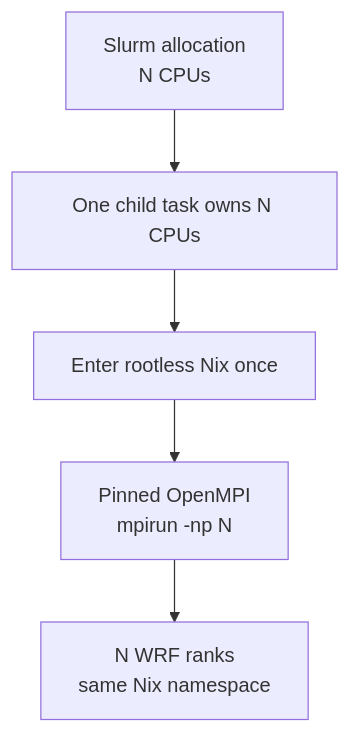
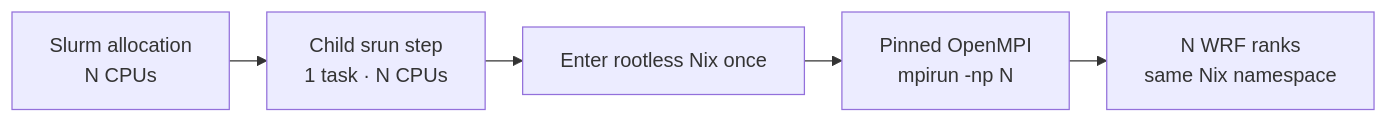
Before and after one commit to YONGHUNI/wrfkit: the second of 2 diagrams in docs/explanation/how-it-works.md, drawn with Mermaid. The commit also changed 3 other files, not shown here.

Commit message:
docs: compact single-node Mermaid layouts

````diff
--- a/docs/explanation/how-it-works.md
+++ b/docs/explanation/how-it-works.md
@@ -51,10 +51,11 @@
 ```mermaid
-flowchart TB
+%%{init: {"flowchart": {"nodeSpacing": 20, "rankSpacing": 30}}}%%
+flowchart LR
     A["Slurm allocation<br/>N CPUs"]
-    B["One child task owns N CPUs"]
+    B["Child srun step<br/>1 task · N CPUs"]
     C["Enter rootless Nix once"]
     D["Pinned OpenMPI<br/>mpirun -np N"]
     E["N WRF ranks<br/>same Nix namespace"]
 
     A --> B --> C --> D --> E
 ```
````
